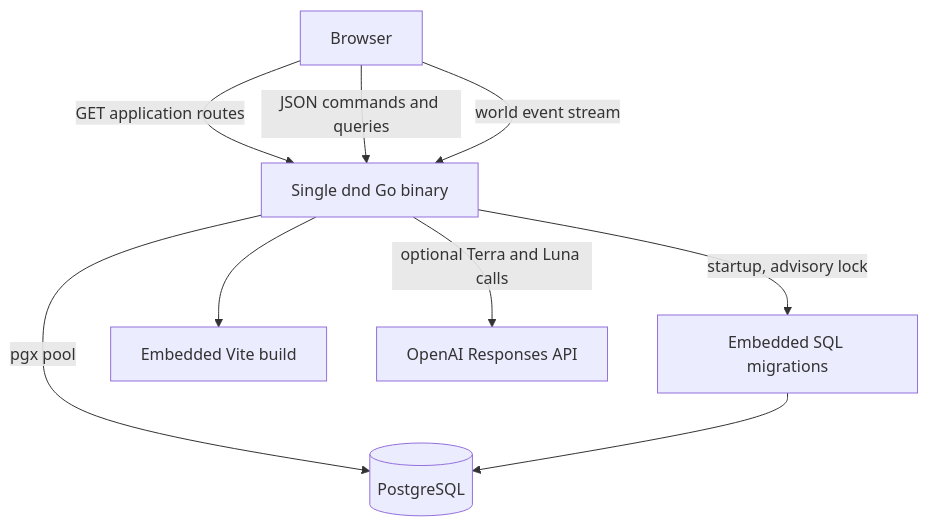
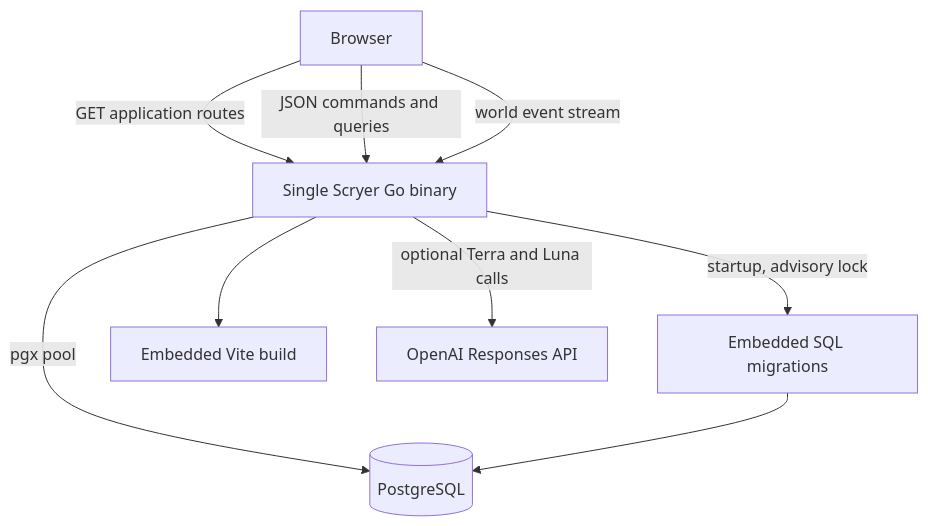
The first of 8 diagrams in docs/architecture.md (JTan2231/gezerah), drawn with Mermaid before and after one commit. The commit also changed other lines of this file and 90 other files, not shown here.

````diff
--- a/docs/architecture.md
+++ b/docs/architecture.md
@@ -37,18 +37,18 @@
 ```mermaid
 flowchart TB
     Client[Browser]
-    Binary[Single dnd Go binary]
+    Binary[Single Scryer Go binary]
     Migrations[Embedded SQL migrations]
     Static[Embedded Vite build]
     Postgres[(PostgreSQL)]
     OpenAI[OpenAI Responses API]
 
     Client -->|GET application routes| Binary
     Binary --> Static
     Client -->|JSON commands and queries| Binary
     Client -->|world event stream| Binary
     Binary -->|pgx pool| Postgres
     Binary -->|optional Terra and Luna calls| OpenAI
     Binary -->|startup, advisory lock| Migrations
     Migrations --> Postgres
 ```
````
